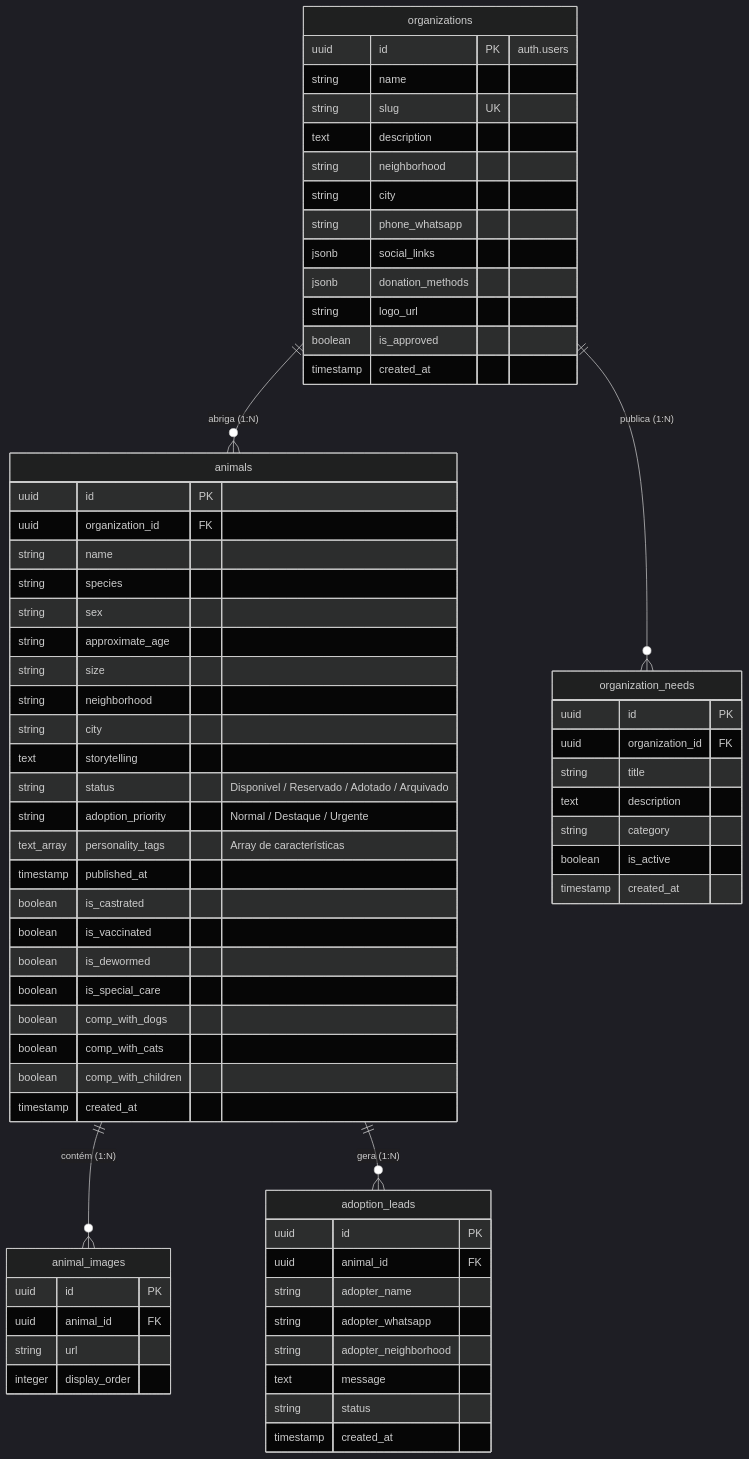
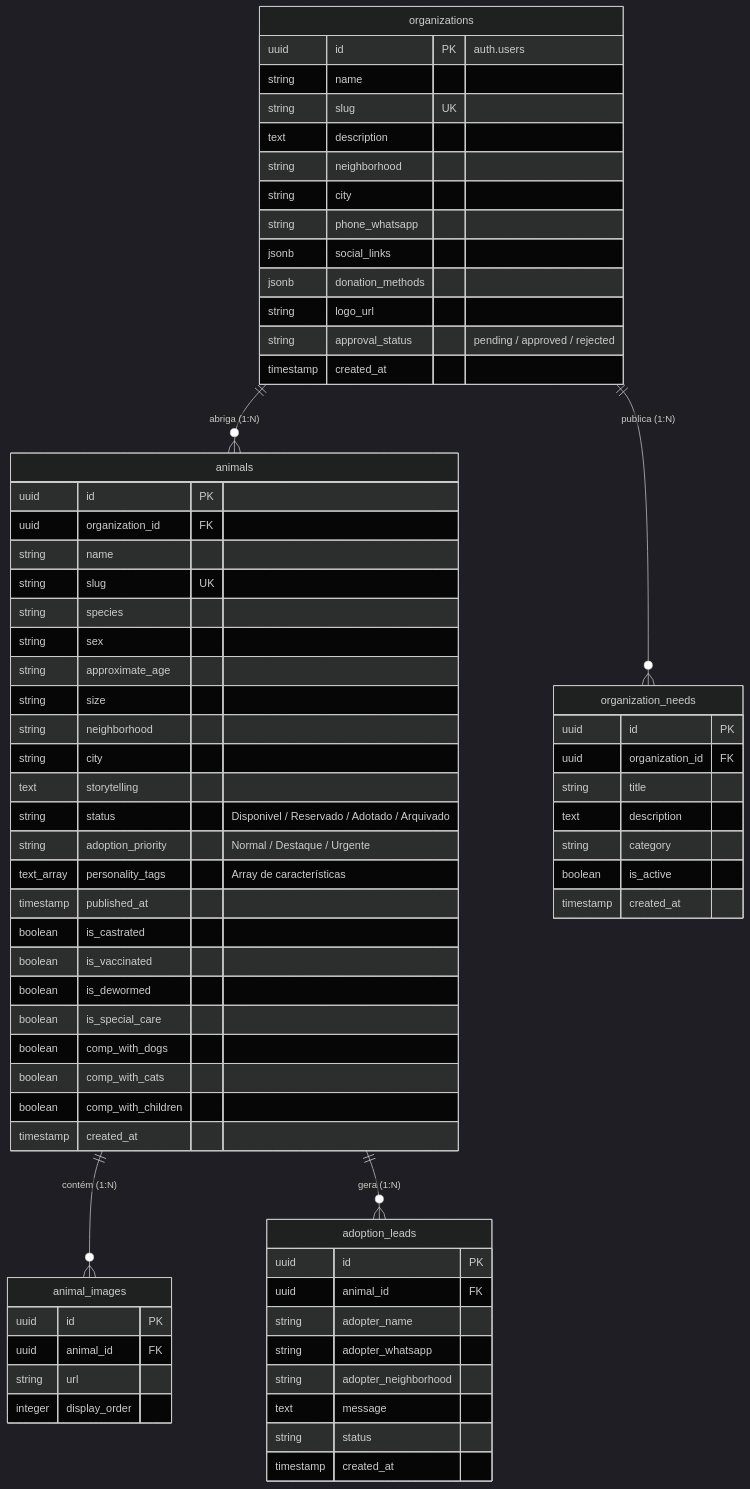
One commit to rebecca-medeiros/rede-ninhada changed the second of 3 diagrams in especificacao_tecnica_mvp.md. Above: the diagram before and after it, drawn with Mermaid (dark theme). The commit also changed other lines of this file, not shown here.

````diff
--- a/especificacao_tecnica_mvp.md
+++ b/especificacao_tecnica_mvp.md
@@ -137,75 +139,76 @@
 ```mermaid
 erDiagram
     organizations {
         uuid id PK "auth.users"
         string name
         string slug UK
         text description
         string neighborhood
         string city
         string phone_whatsapp
         jsonb social_links
         jsonb donation_methods
         string logo_url
-        boolean is_approved
+        string approval_status "pending / approved / rejected"
         timestamp created_at
     }
     
     animals {
         uuid id PK
         uuid organization_id FK
         string name
+        string slug UK
         string species
         string sex
         string approximate_age
         string size
         string neighborhood
         string city
         text storytelling
         string status "Disponivel / Reservado / Adotado / Arquivado"
         string adoption_priority "Normal / Destaque / Urgente"
         text_array personality_tags "Array de características"
         timestamp published_at
         boolean is_castrated
         boolean is_vaccinated
         boolean is_dewormed
         boolean is_special_care
         boolean comp_with_dogs
         boolean comp_with_cats
         boolean comp_with_children
         timestamp created_at
     }
     
     organization_needs {
         uuid id PK
         uuid organization_id FK
         string title
         text description
         string category
         boolean is_active
         timestamp created_at
     }
     
     animal_images {
         uuid id PK
         uuid animal_id FK
         string url
         integer display_order
     }
     
     adoption_leads {
         uuid id PK
         uuid animal_id FK
         string adopter_name
         string adopter_whatsapp
         string adopter_neighborhood
         text message
         string status
         timestamp created_at
     }
 
     organizations ||--o{ animals : "abriga (1:N)"
     organizations ||--o{ organization_needs : "publica (1:N)"
     animals ||--o{ animal_images : "contém (1:N)"
     animals ||--o{ adoption_leads : "gera (1:N)"
 ```
````
